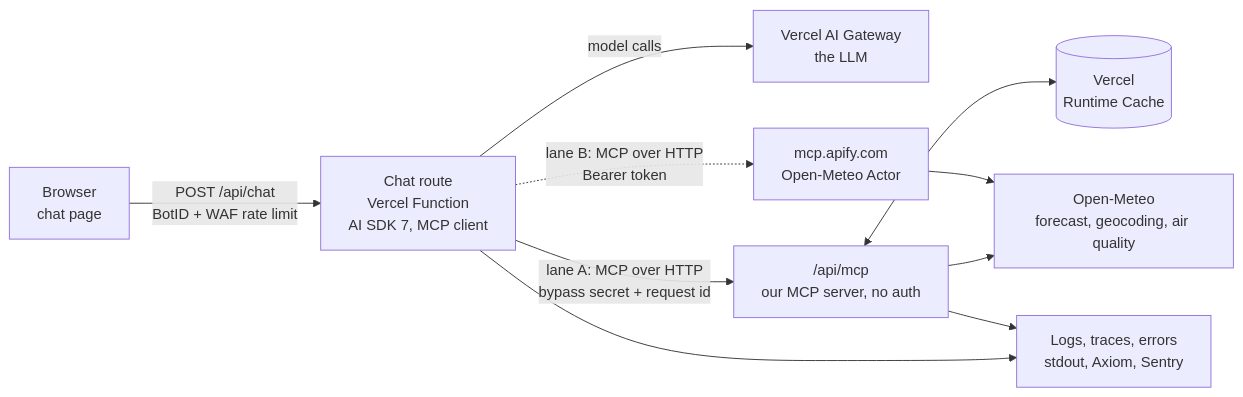
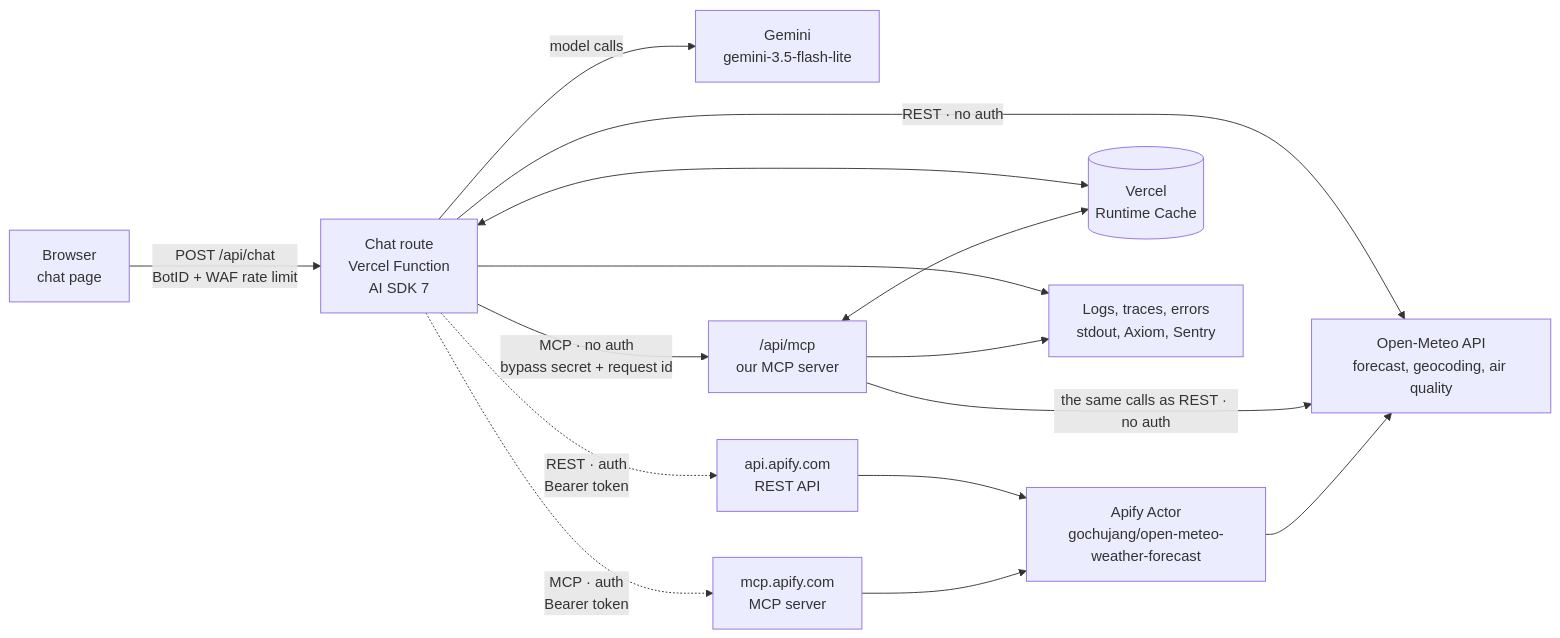
One commit to EasyLearnJava/AgenticProgramming changed the first of 2 diagrams in projects/Agentic/weather-chatbot/PLAN.md. Above: the diagram before and after it, drawn with Mermaid. The commit also changed other lines of this file, not shown here.

First line of the commit message:
Agentic: weather chatbot plan gets four lanes, REST and MCP, with and without auth

````diff
--- a/projects/Agentic/weather-chatbot/PLAN.md
+++ b/projects/Agentic/weather-chatbot/PLAN.md
@@ -278,12 +407,17 @@
 ```mermaid
 flowchart LR
-  U["Browser<br/>chat page"] -->|"POST /api/chat<br/>BotID + WAF rate limit"| R["Chat route<br/>Vercel Function<br/>AI SDK 7, MCP client"]
-  R -->|"model calls"| G["Vercel AI Gateway<br/>the LLM"]
-  R -->|"lane A: MCP over HTTP<br/>bypass secret + request id"| A["/api/mcp<br/>our MCP server, no auth"]
-  R -.->|"lane B: MCP over HTTP<br/>Bearer token"| B["mcp.apify.com<br/>Open-Meteo Actor"]
-  A --> OM["Open-Meteo<br/>forecast, geocoding, air quality"]
-  B --> OM
-  A <--> C[("Vercel<br/>Runtime Cache")]
+  U["Browser<br/>chat page"] -->|"POST /api/chat<br/>BotID + WAF rate limit"| R["Chat route<br/>Vercel Function<br/>AI SDK 7"]
+  R -->|"model calls"| G["Gemini<br/>gemini-3.5-flash-lite"]
+  R -->|"REST · no auth"| OM["Open-Meteo API<br/>forecast, geocoding, air quality"]
+  R -->|"MCP · no auth<br/>bypass secret + request id"| A["/api/mcp<br/>our MCP server"]
+  A -->|"the same calls as REST · no auth"| OM
+  R -.->|"REST · auth<br/>Bearer token"| AR["api.apify.com<br/>REST API"]
+  R -.->|"MCP · auth<br/>Bearer token"| AM["mcp.apify.com<br/>MCP server"]
+  AR --> ACT["Apify Actor<br/>gochujang/open-meteo-weather-forecast"]
+  AM --> ACT
+  ACT --> OM
+  R <--> C[("Vercel<br/>Runtime Cache")]
+  A <--> C
   R --> L["Logs, traces, errors<br/>stdout, Axiom, Sentry"]
   A --> L
 ```
````
